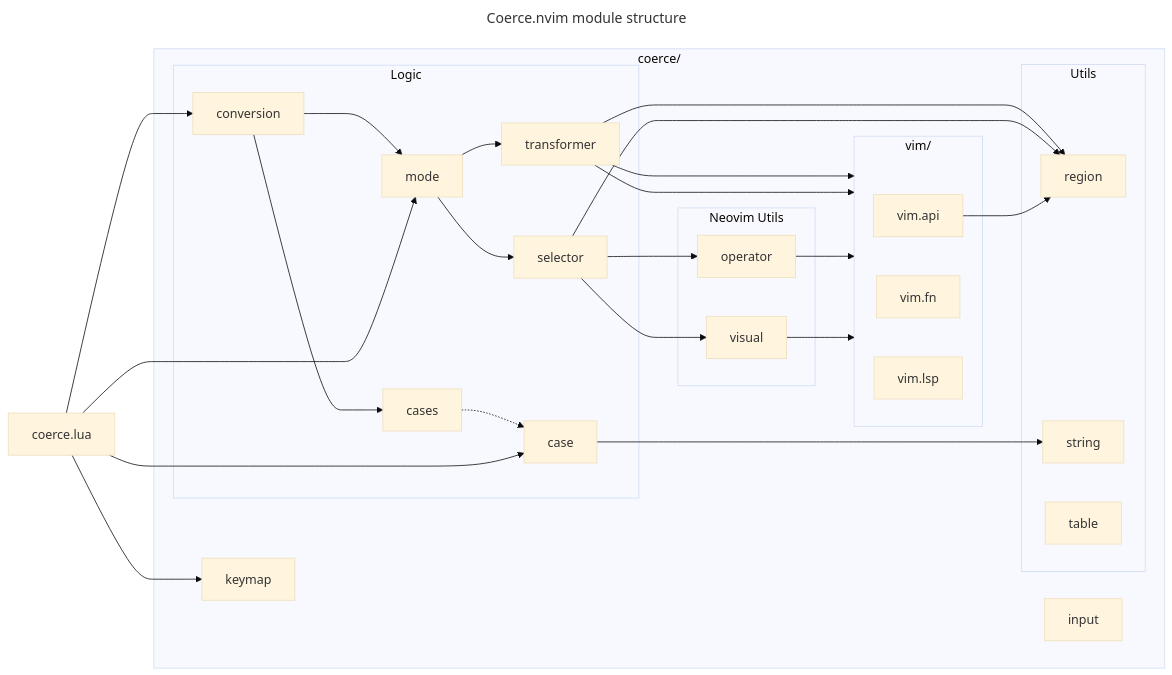
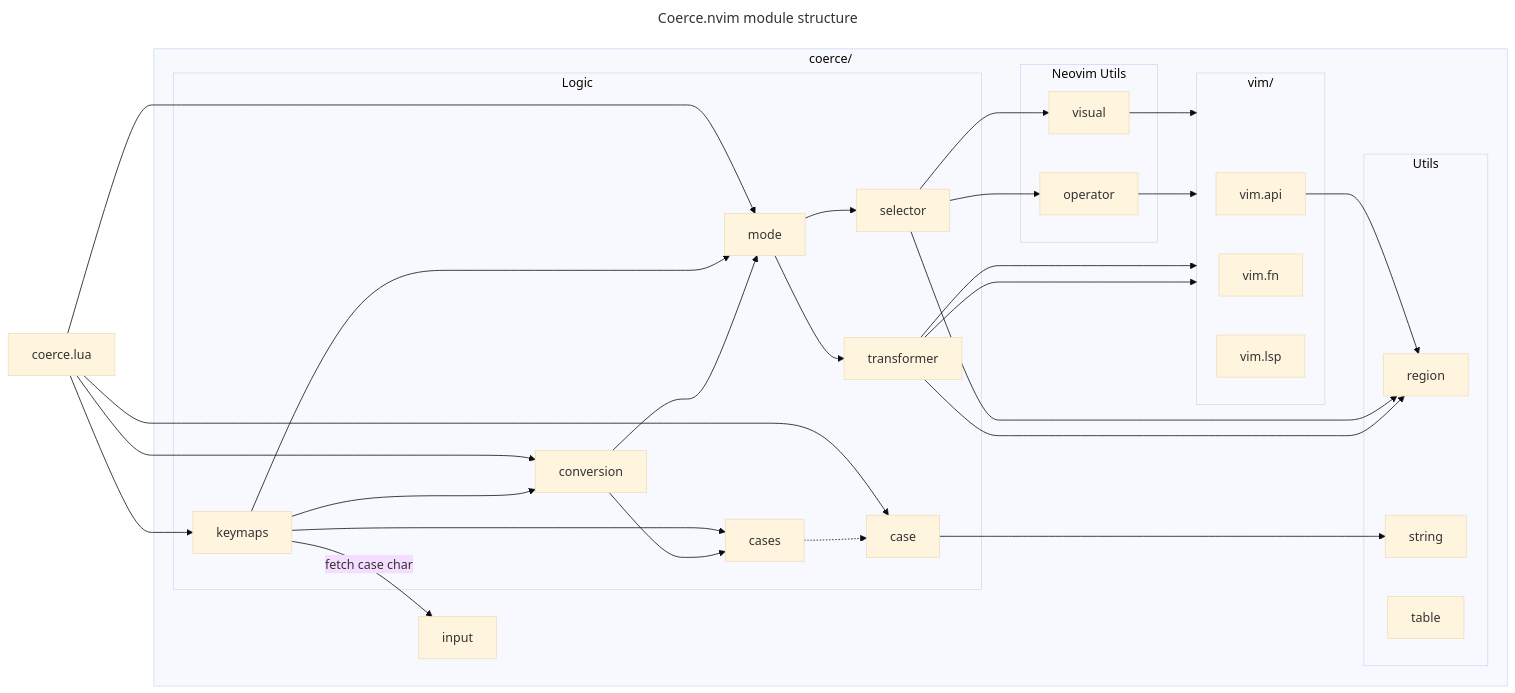
The second of 2 diagrams in DEV.md (gregorias/coerce.nvim), drawn with Mermaid (base theme) before and after one commit. The commit also changed other lines of this file and 11 other files, not shown here.

````diff
--- a/DEV.md
+++ b/DEV.md
@@ -95,59 +95,64 @@
 ```mermaid
 ---
 title: Coerce.nvim module structure
 ---
 graph LR
   coerce[coerce.lua]
 
   subgraph "coerce/"
     input
-    keymap[keymap]
 
     subgraph "Logic"
       case
       mode
+      keymaps
       cases -.-> case
       transformer
       conversion ---> mode
       conversion ---> cases
       mode --> selector
       mode --> transformer
+      keymaps ---> cases
+      keymaps ---> mode
+      keymaps ---> conversion
     end
 
     subgraph "Utils"
       region
       string
       table
     end
 
     subgraph "Neovim Utils"
       operator
       visual
     end
 
     subgraph "vim" [vim/]
       vim-api[vim.api]
       vim-fn[vim.fn]
       vim-lsp[vim.lsp]
     end
 
     case --> string
     transformer --> region
     selector --> region
 
+    keymaps -- "fetch case char" --> input
+
     selector --> operator
     selector --> visual
 
     transformer --> vim
     transformer --> vim
     operator --> vim
     visual --> vim
   end
 
   coerce --> case
   coerce --> mode
-  coerce --> keymap
   coerce --> conversion
+  coerce --> keymaps
 
   vim-api --> region
 ```
````
